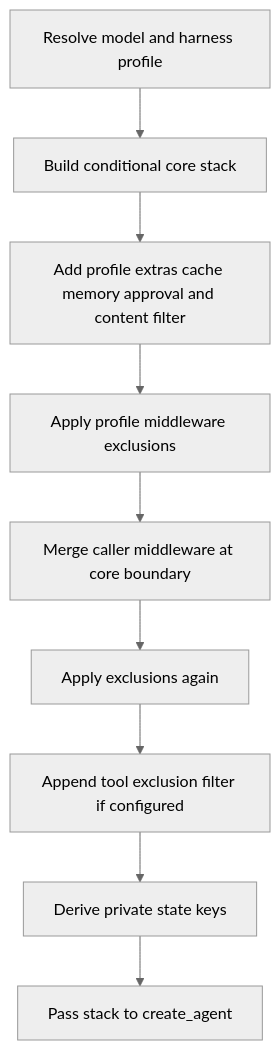
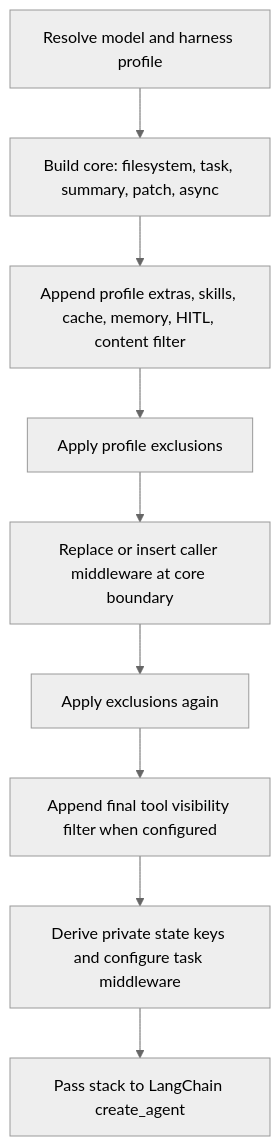
The diagram in openwiki/architecture/middleware-stack.md (langchain-ai/deepagents), drawn with Mermaid (neutral theme) before and after one commit. The commit also changed other lines of this file and 47 other files, not shown here.

````diff
--- a/openwiki/architecture/middleware-stack.md
+++ b/openwiki/architecture/middleware-stack.md
@@ -47,11 +39,11 @@
 ```mermaid
 flowchart TD
-    Resolve["Resolve model and harness profile"] --> Core["Build conditional core stack"]
-    Core --> Tail["Add profile extras cache memory approval and content filter"]
-    Tail --> FirstFilter["Apply profile middleware exclusions"]
-    FirstFilter --> Merge["Merge caller middleware at core boundary"]
-    Merge --> SecondFilter["Apply exclusions again"]
-    SecondFilter --> ToolFilter["Append tool exclusion filter if configured"]
-    ToolFilter --> State["Derive private state keys"]
-    State --> Agent["Pass stack to create_agent"]
+    Resolve["Resolve model and harness profile"] --> Core["Build core: filesystem, task, summary, patch, async"]
+    Core --> Tail["Append profile extras, skills, cache, memory, HITL, content filter"]
+    Tail --> FilterOne["Apply profile exclusions"]
+    FilterOne --> Merge["Replace or insert caller middleware at core boundary"]
+    Merge --> FilterTwo["Apply exclusions again"]
+    FilterTwo --> Visibility["Append final tool visibility filter when configured"]
+    Visibility --> State["Derive private state keys and configure task middleware"]
+    State --> Runtime["Pass stack to LangChain create_agent"]
 ```
````
